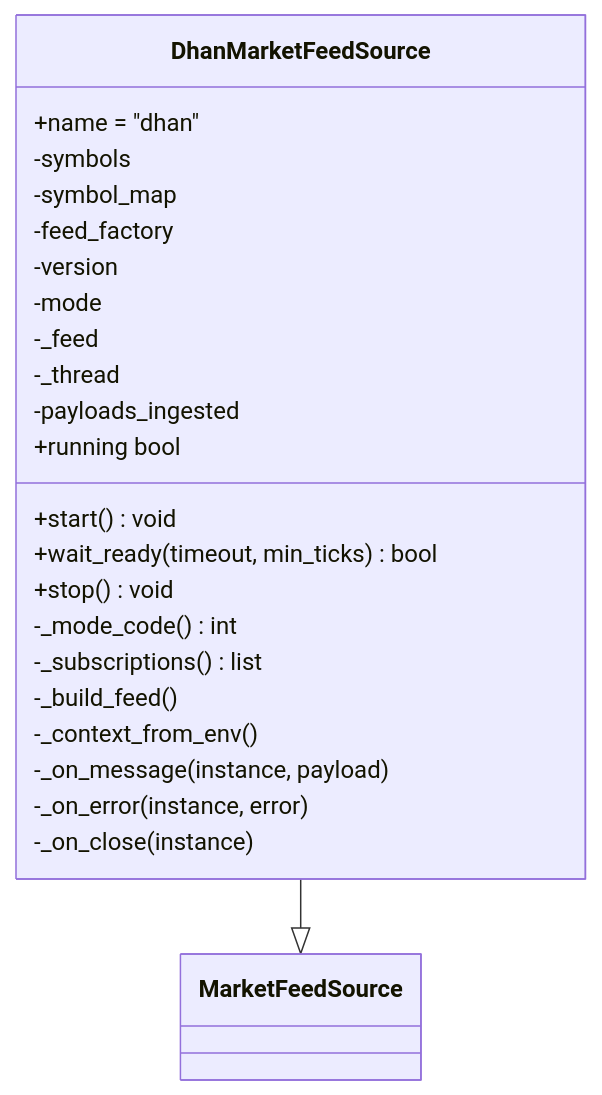
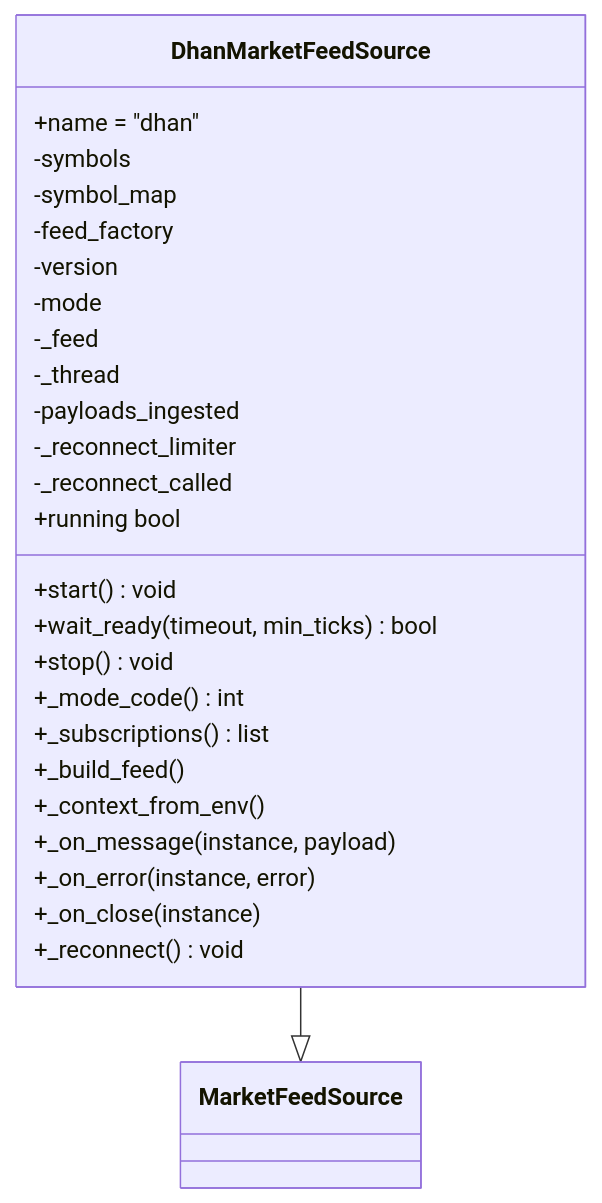
The sixth of 9 diagrams in .qoder/repowiki/en/content/Market Data/Feed Sources.md (Ganesh-Kusundal/nTrade), drawn with Mermaid before and after one commit. The commit also changed other lines of this file and 331 other files, not shown here.

````diff
--- a/.qoder/repowiki/en/content/Market Data/Feed Sources.md
+++ b/.qoder/repowiki/en/content/Market Data/Feed Sources.md
@@ -247,27 +263,30 @@
 ```mermaid
 classDiagram
 class DhanMarketFeedSource {
 +name = "dhan"
 -symbols
 -symbol_map
 -feed_factory
 -version
 -mode
 -_feed
 -_thread
 -payloads_ingested
+-_reconnect_limiter
+-_reconnect_called
 +start() void
 +wait_ready(timeout, min_ticks) bool
 +stop() void
--_mode_code() int
--_subscriptions() list
--_build_feed()
--_context_from_env()
--_on_message(instance, payload)
--_on_error(instance, error)
--_on_close(instance)
++_mode_code() int
++_subscriptions() list
++_build_feed()
++_context_from_env()
++_on_message(instance, payload)
++_on_error(instance, error)
++_on_close(instance)
++_reconnect() void
 +running bool
 }
 class MarketFeedSource
 DhanMarketFeedSource --|> MarketFeedSource
 ```
````
